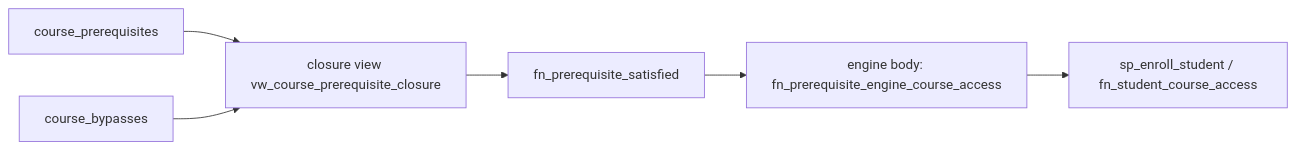
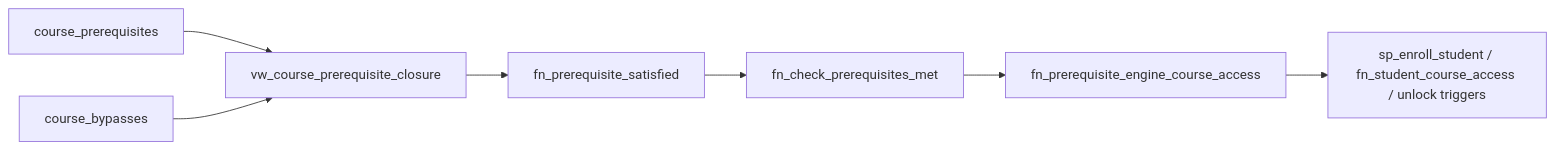
One commit to saika-sarara/DBMS-2-Project changed the second of 2 diagrams in Learnova/docs/database-design/prerequisite.md. Above: the diagram before and after it, drawn with Mermaid. The commit also changed other lines of this file and 300 other files, not shown here.

````diff
--- a/Learnova/docs/database-design/prerequisite.md
+++ b/Learnova/docs/database-design/prerequisite.md
@@ -54,8 +67,9 @@
 ```mermaid
 flowchart LR
-    A[course_prerequisites] --> C[closure view vw_course_prerequisite_closure]
+    A[course_prerequisites] --> C[vw_course_prerequisite_closure]
     B[course_bypasses] --> C
     C --> D[fn_prerequisite_satisfied]
-    D --> E[engine body: fn_prerequisite_engine_course_access]
-    E --> F[sp_enroll_student / fn_student_course_access]
+    D --> E[fn_check_prerequisites_met]
+    E --> F[fn_prerequisite_engine_course_access]
+    F --> G[sp_enroll_student / fn_student_course_access / unlock triggers]
 ```
````
